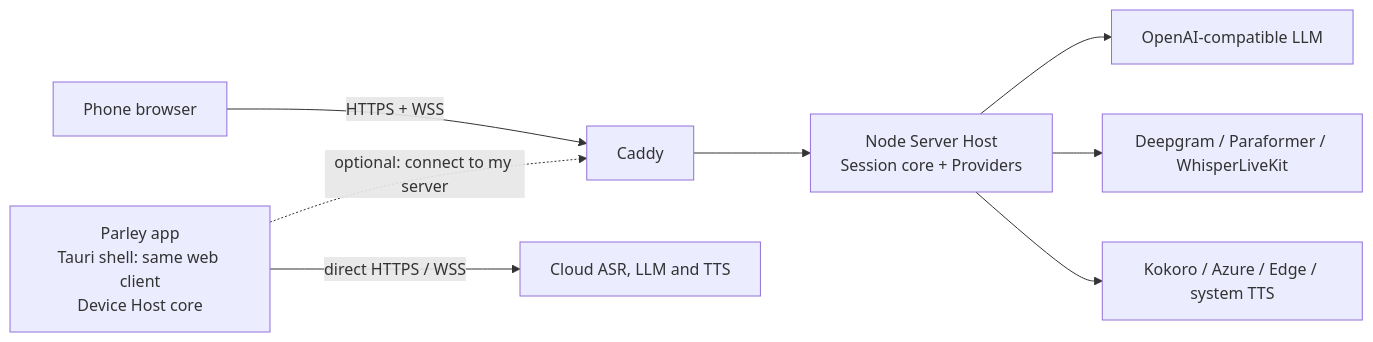
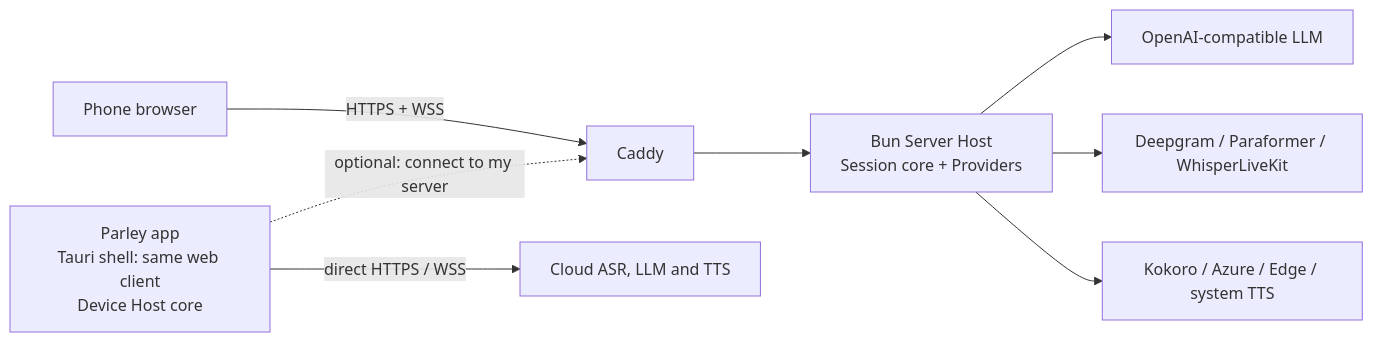
The diagram in README.md (wray-lee/parley), drawn with Mermaid before and after one commit. The commit also changed other lines of this file and 5 other files, not shown here.

````diff
--- a/README.md
+++ b/README.md
@@ -37,10 +51,10 @@
 ```mermaid
 flowchart LR
   B[Phone browser] -->|HTTPS + WSS| C[Caddy]
-  C --> S[Node Server Host<br/>Session core + Providers]
+  C --> S[Bun Server Host<br/>Session core + Providers]
   A[Parley app<br/>Tauri shell: same web client<br/>Device Host core] -->|direct HTTPS / WSS| P[Cloud ASR, LLM and TTS]
   A -.->|optional: connect to my server| C
   S --> L[OpenAI-compatible LLM]
   S --> R[Deepgram / Paraformer / WhisperLiveKit]
   S --> T[Kokoro / Azure / Edge / system TTS]
 ```
````
